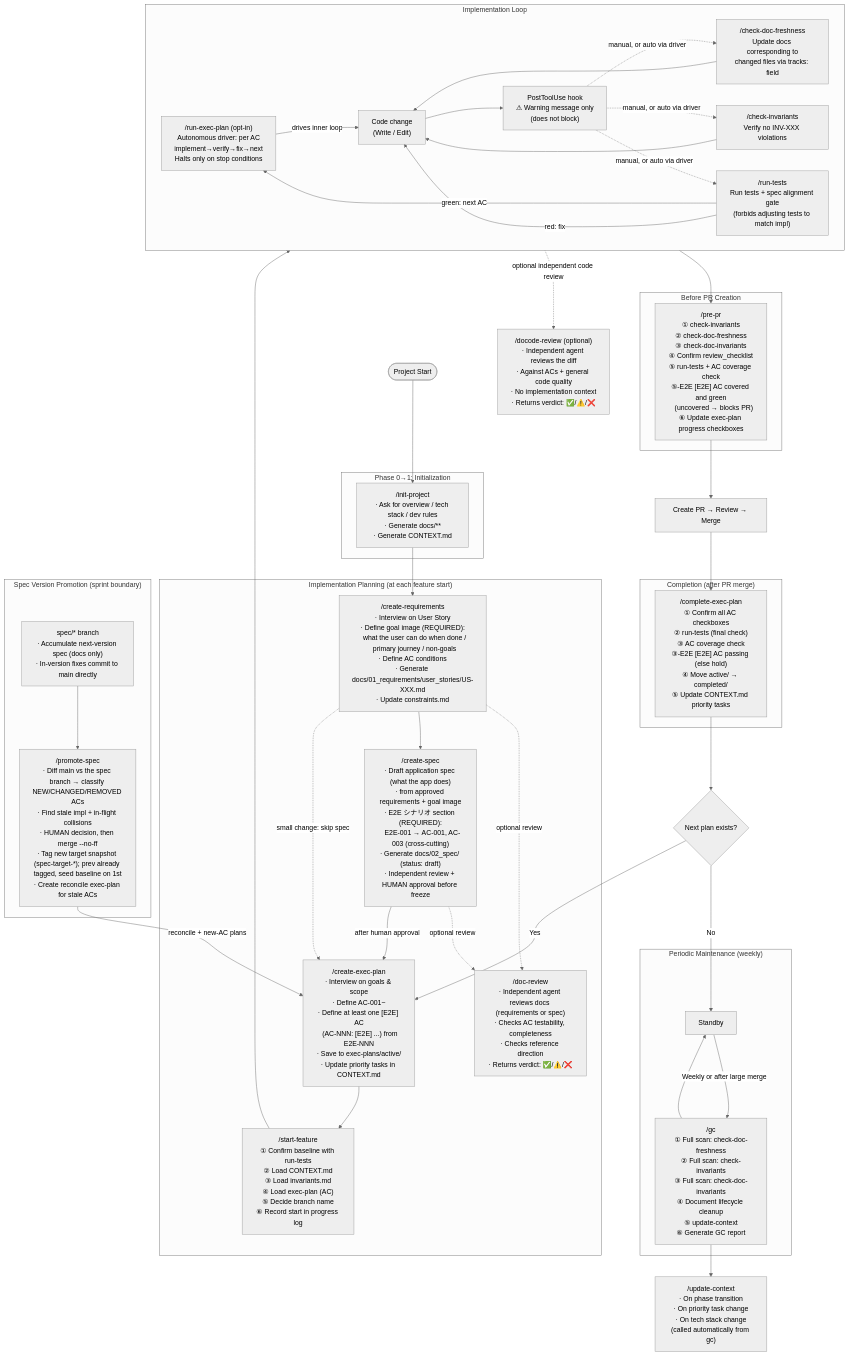
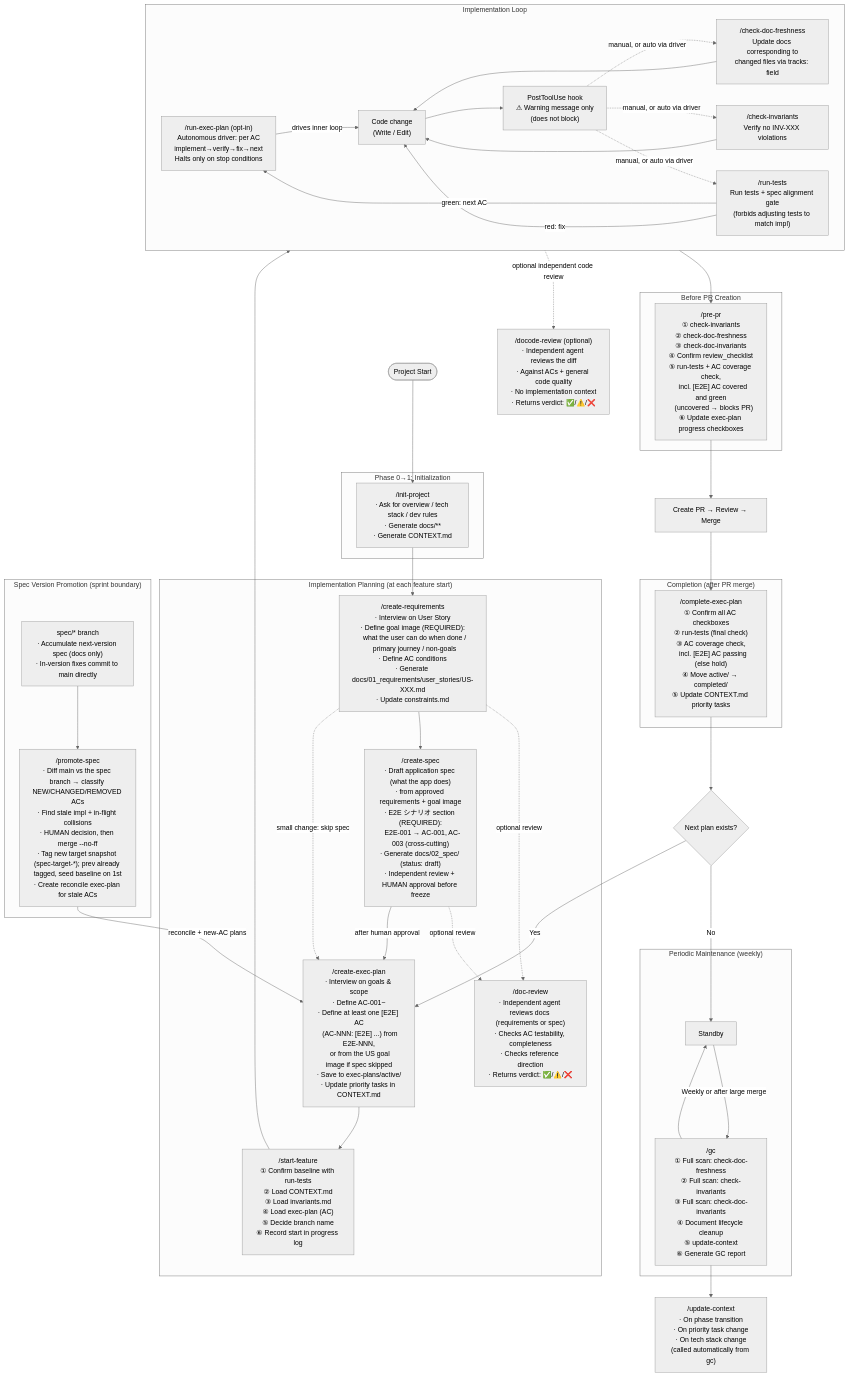
One commit to aki-senri/DocDDTemplate changed the first of 2 diagrams in SKILL_FLOW.md. Above: the diagram before and after it, drawn with Mermaid (neutral theme). The commit also changed 3 other files, not shown here.

```diff
--- a/SKILL_FLOW.md
+++ b/SKILL_FLOW.md
@@ -27,7 +27,7 @@
         SPEC -.->|optional review| DR
         SPEC -->|after human approval| PLAN
         REQ -.->|small change: skip spec| PLAN
-        PLAN["/create-exec-plan\n· Interview on goals & scope\n· Define AC-001~\n· Define at least one [E2E] AC\n  (AC-NNN: [E2E] ...) from E2E-NNN\n· Save to exec-plans/active/\n· Update priority tasks in CONTEXT.md"]
+        PLAN["/create-exec-plan\n· Interview on goals & scope\n· Define AC-001~\n· Define at least one [E2E] AC\n  (AC-NNN: [E2E] ...) from E2E-NNN,\n  or from the US goal image if spec skipped\n· Save to exec-plans/active/\n· Update priority tasks in CONTEXT.md"]
         PLAN --> SF
         SF["/start-feature\n① Confirm baseline with run-tests\n② Load CONTEXT.md\n③ Load invariants.md\n④ Load exec-plan (AC)\n⑤ Decide branch name\n⑥ Record start in progress log"]
     end
@@ -58,7 +58,7 @@
     DCR["/docode-review (optional)\n· Independent agent reviews the diff\n· Against ACs + general code quality\n· No implementation context\n· Returns verdict: ✅/⚠️/❌"]
 
     subgraph PREPR_PHASE["Before PR Creation"]
-        PREPR["/pre-pr\n① check-invariants\n② check-doc-freshness\n③ check-doc-invariants\n④ Confirm review_checklist\n⑤ run-tests + AC coverage check\n⑤-E2E [E2E] AC covered and green\n   (uncovered → blocks PR)\n⑥ Update exec-plan progress checkboxes"]
+        PREPR["/pre-pr\n① check-invariants\n② check-doc-freshness\n③ check-doc-invariants\n④ Confirm review_checklist\n⑤ run-tests + AC coverage check,\n   incl. [E2E] AC covered and green\n   (uncovered → blocks PR)\n⑥ Update exec-plan progress checkboxes"]
     end
 
     PREPR --> PR
@@ -66,7 +66,7 @@
     PR --> COMPLETE
 
     subgraph COMPLETE_PHASE["Completion (after PR merge)"]
-        COMPLETE["/complete-exec-plan\n① Confirm all AC checkboxes\n② run-tests (final check)\n③ AC coverage check\n③-E2E [E2E] AC passing (else hold)\n④ Move active/ → completed/\n⑤ Update CONTEXT.md priority tasks"]
+        COMPLETE["/complete-exec-plan\n① Confirm all AC checkboxes\n② run-tests (final check)\n③ AC coverage check,\n   incl. [E2E] AC passing (else hold)\n④ Move active/ → completed/\n⑤ Update CONTEXT.md priority tasks"]
     end
 
     COMPLETE --> NEXT
```
